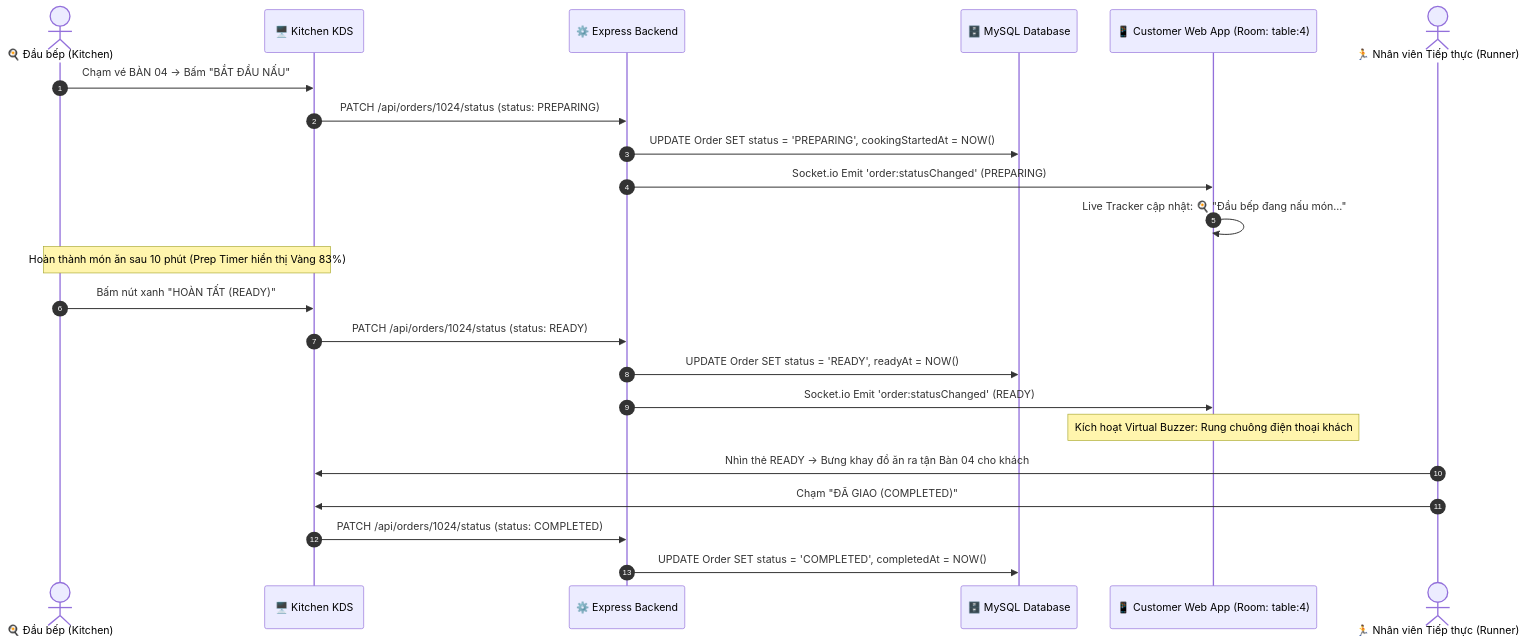
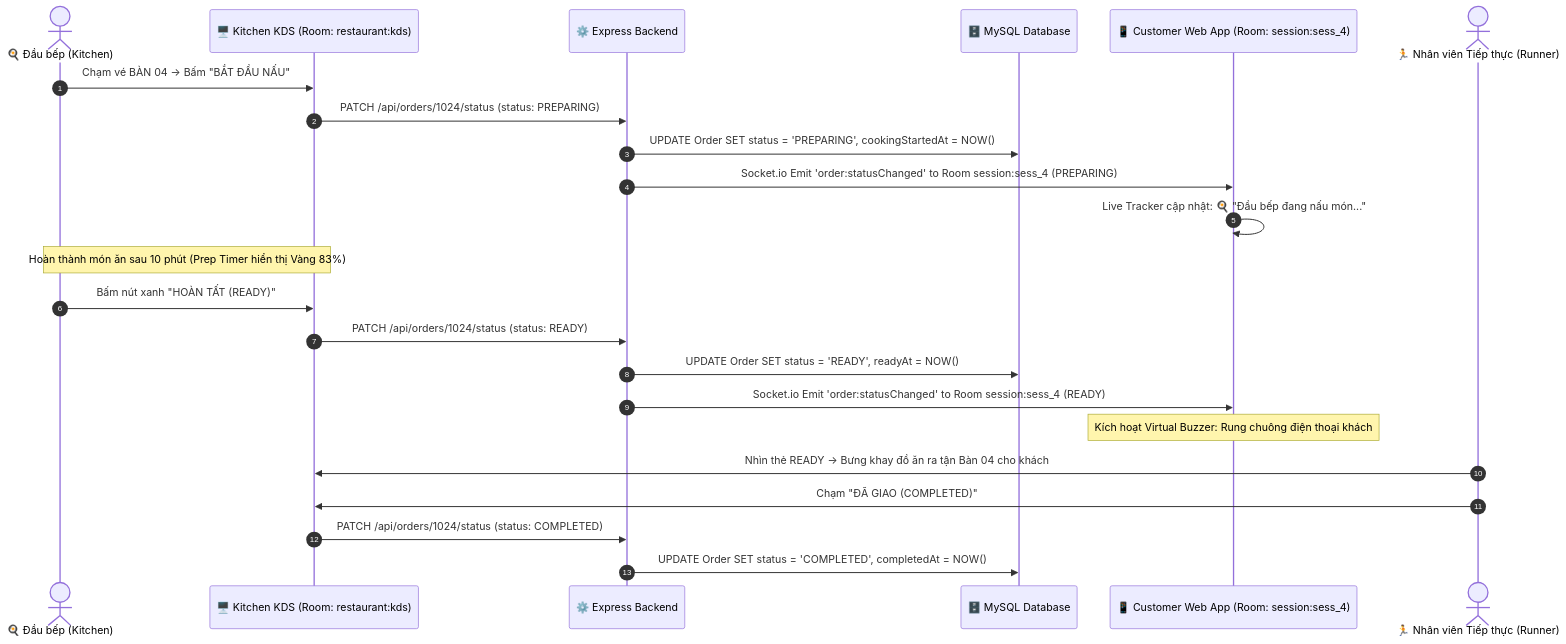
Before and after one commit to luongviettienns/WebAppQuanLyNhaHang: the third of 9 diagrams in CHUC_NANG_VA_THAO_TAC_NGUOI_DUNG.md, drawn with Mermaid. The commit also changed other lines of this file and 1 other file, not shown here.

````diff
--- a/CHUC_NANG_VA_THAO_TAC_NGUOI_DUNG.md
+++ b/CHUC_NANG_VA_THAO_TAC_NGUOI_DUNG.md
@@ -673,28 +801,28 @@
 ```mermaid
 sequenceDiagram
     autonumber
     actor Chef as 🍳 Đầu bếp (Kitchen)
-    participant KDS as 🖥️ Kitchen KDS
+    participant KDS as 🖥️ Kitchen KDS (Room: restaurant:kds)
     participant Server as ⚙️ Express Backend
     participant DB as 🗄️ MySQL Database
-    participant Client as 📱 Customer Web App (Room: table:4)
+    participant Client as 📱 Customer Web App (Room: session:sess_4)
     actor Runner as 🏃 Nhân viên Tiếp thực (Runner)
 
     Chef->>KDS: Chạm vé BÀN 04 -> Bấm "BẮT ĐẦU NẤU"
     KDS->>Server: PATCH /api/orders/1024/status (status: PREPARING)
     Server->>DB: UPDATE Order SET status = 'PREPARING', cookingStartedAt = NOW()
-    Server->>Client: Socket.io Emit 'order:statusChanged' (PREPARING)
+    Server->>Client: Socket.io Emit 'order:statusChanged' to Room session:sess_4 (PREPARING)
     Client->>Client: Live Tracker cập nhật: 🍳 "Đầu bếp đang nấu món..."
 
     Note over Chef,KDS: Hoàn thành món ăn sau 10 phút (Prep Timer hiển thị Vàng 83%)
     Chef->>KDS: Bấm nút xanh "HOÀN TẤT (READY)"
     KDS->>Server: PATCH /api/orders/1024/status (status: READY)
     Server->>DB: UPDATE Order SET status = 'READY', readyAt = NOW()
-    Server->>Client: Socket.io Emit 'order:statusChanged' (READY)
+    Server->>Client: Socket.io Emit 'order:statusChanged' to Room session:sess_4 (READY)
 
     Note over Client: Kích hoạt Virtual Buzzer: Rung chuông điện thoại khách
     Runner->>KDS: Nhìn thẻ READY -> Bưng khay đồ ăn ra tận Bàn 04 cho khách
     Runner->>KDS: Chạm "ĐÃ GIAO (COMPLETED)"
     KDS->>Server: PATCH /api/orders/1024/status (status: COMPLETED)
     Server->>DB: UPDATE Order SET status = 'COMPLETED', completedAt = NOW()
 ```
````
